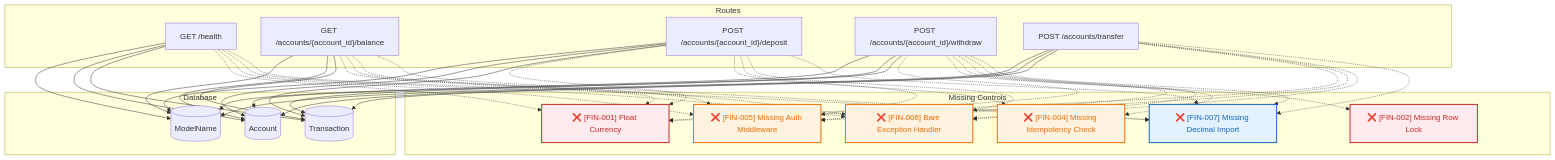
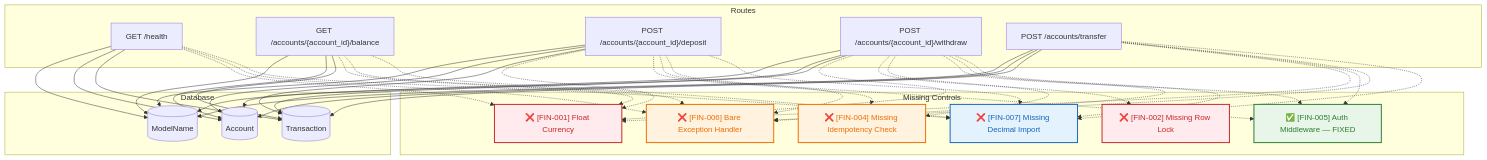
The diagram in output/audit_report.md (shridharkale/royal-code-blitzdev), drawn with Mermaid before and after one commit. The commit also changed other lines of this file and 6 other files, not shown here.

Commit message:
feat: complete FIN-005 auth remediation and record bob task audit proofs

````diff
--- a/output/audit_report.md
+++ b/output/audit_report.md
@@ -736,64 +687,63 @@
 ```mermaid
 flowchart TD
     subgraph Routes
         R0["GET /health"]
         R1["GET /accounts/{account_id}/balance"]
         R2["POST /accounts/{account_id}/deposit"]
         R3["POST /accounts/{account_id}/withdraw"]
         R4["POST /accounts/transfer"]
     end
     subgraph Database
         DB0[("ModelName")]
         DB1[("Account")]
         DB2[("Transaction")]
     end
     R0 --> DB0
     R0 --> DB1
     R0 --> DB2
     R1 --> DB0
     R1 --> DB1
     R1 --> DB2
     R2 --> DB0
     R2 --> DB1
     R2 --> DB2
     R3 --> DB0
     R3 --> DB1
     R3 --> DB2
     R4 --> DB0
     R4 --> DB1
     R4 --> DB2
     subgraph Missing Controls
         M0["❌ [FIN-001] Float Currency"]:::critical
         M1["❌ [FIN-002] Missing Row Lock"]:::critical
         M2["❌ [FIN-004] Missing Idempotency Check"]:::warning
-        M3["❌ [FIN-005] Missing Auth Middleware"]:::warning
+        M3["✅ [FIN-005] Auth Middleware — FIXED"]:::fixed
         M4["❌ [FIN-006] Bare Exception Handler"]:::warning
         M5["❌ [FIN-007] Missing Decimal Import"]:::info
     end
     R0 -.-> M0
     R1 -.-> M0
     R2 -.-> M0
     R3 -.-> M0
     R4 -.-> M0
     R3 -.-> M1
     R2 -.-> M2
     R3 -.-> M2
-    R0 -.-> M3
-    R1 -.-> M3
     R2 -.-> M3
     R3 -.-> M3
     R4 -.-> M3
     R0 -.-> M4
     R1 -.-> M4
     R2 -.-> M4
     R3 -.-> M4
     R4 -.-> M4
     R0 -.-> M5
     R1 -.-> M5
     R2 -.-> M5
     R3 -.-> M5
     R4 -.-> M5
     classDef critical fill:#ffebee,stroke:#c62828,stroke-width:2px,color:#c62828
     classDef warning fill:#fff3e0,stroke:#ef6c00,stroke-width:2px,color:#ef6c00
     classDef info fill:#e3f2fd,stroke:#1565c0,stroke-width:2px,color:#1565c0
+    classDef fixed fill:#e8f5e9,stroke:#2e7d32,stroke-width:2px,color:#2e7d32
 ```
````
